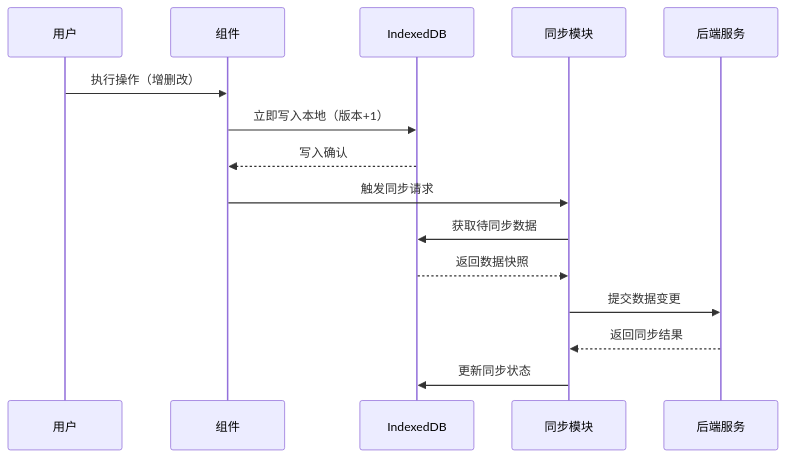
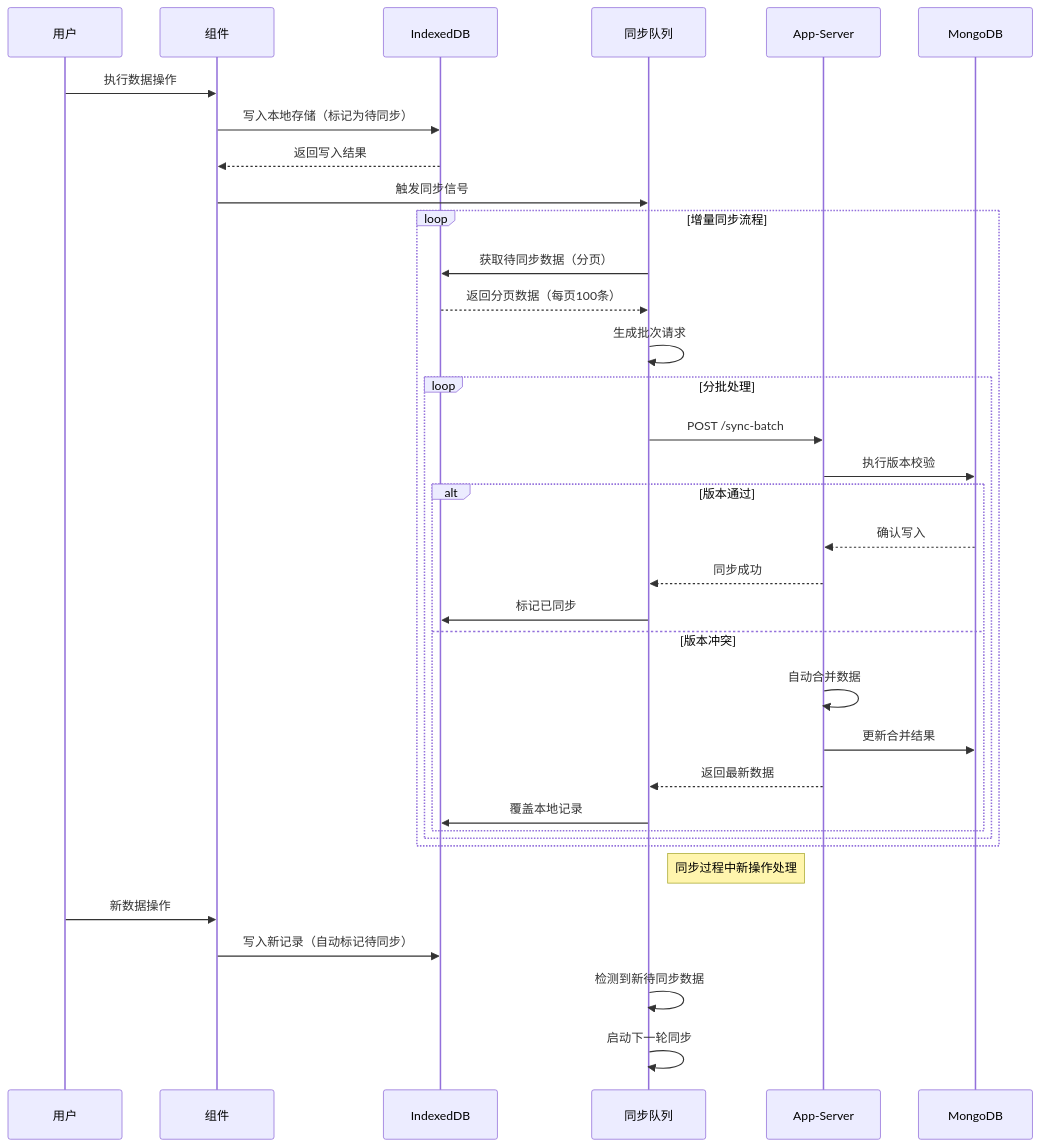
One commit to yingjianzh/iodraw-files changed the diagram in all/未命名-24.md. Above: the diagram before and after it, drawn with Mermaid.

Commit message:
2025-02-21 11:33:41 update

````diff
--- a/all/未命名-24.md
+++ b/all/未命名-24.md
@@ -1,18 +1,41 @@
 ```mermaid
 sequenceDiagram
     participant 用户
     participant 组件
     participant IndexedDB
-    participant 同步模块
-    participant 后端服务
+    participant 同步队列
+    participant App-Server
+    participant MongoDB
 
-    用户->>组件: 执行操作（增删改）
-    组件->>IndexedDB: 立即写入本地（版本+1）
-    IndexedDB-->>组件: 写入确认
-    组件->>同步模块: 触发同步请求
-    同步模块->>IndexedDB: 获取待同步数据
-    IndexedDB-->>同步模块: 返回数据快照
-    同步模块->>后端服务: 提交数据变更
-    后端服务-->>同步模块: 返回同步结果
-    同步模块->>IndexedDB: 更新同步状态
+    用户->>组件: 执行数据操作
+    组件->>IndexedDB: 写入本地存储（标记为待同步）
+    IndexedDB-->>组件: 返回写入结果
+    组件->>同步队列: 触发同步信号
+
+    loop 增量同步流程
+        同步队列->>IndexedDB: 获取待同步数据（分页）
+        IndexedDB-->>同步队列: 返回分页数据（每页100条）
+        
+        同步队列->>同步队列: 生成批次请求
+        loop 分批处理
+            同步队列->>App-Server: POST /sync-batch
+            App-Server->>MongoDB: 执行版本校验
+            alt 版本通过
+                MongoDB-->>App-Server: 确认写入
+                App-Server-->>同步队列: 同步成功
+                同步队列->>IndexedDB: 标记已同步
+            else 版本冲突
+                App-Server->>App-Server: 自动合并数据
+                App-Server->>MongoDB: 更新合并结果
+                App-Server-->>同步队列: 返回最新数据
+                同步队列->>IndexedDB: 覆盖本地记录
+            end
+        end
+    end
+
+    Note right of 同步队列: 同步过程中新操作处理
+    用户->>组件: 新数据操作
+    组件->>IndexedDB: 写入新记录（自动标记待同步）
+    同步队列->>同步队列: 检测到新待同步数据
+    同步队列->>同步队列: 启动下一轮同步
 ```
````
